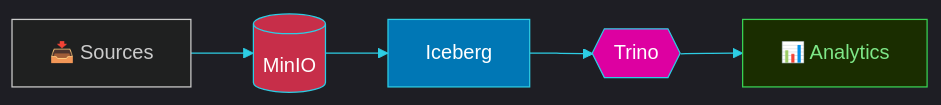
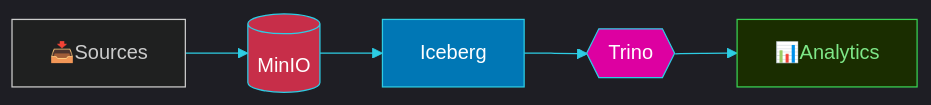
One commit to shehab-hub-0/shehab-hub-0 changed the fifth of 5 diagrams in README.md. Above: the diagram before and after it, drawn with Mermaid. The commit also changed other lines of this file, not shown here.

````diff
--- a/README.md
+++ b/README.md
@@ -323,13 +410,13 @@
 ```mermaid
 %%{init:{"theme":"dark","themeVariables":{"lineColor":"#2DCDE4"}}}%%
 flowchart LR
-    A["📥 Sources"] --> B[("MinIO")]
+    A["📥Sources"] --> B[("MinIO")]
     B --> C["Iceberg"]
     C --> D{{"Trino"}}
-    D --> E["📊 Analytics"]
+    D --> E["📊Analytics"]
 
     style B fill:#C72E49,stroke:#2DCDE4,color:#fff
     style C fill:#0077B5,stroke:#2DCDE4,color:#fff
     style D fill:#DD00A1,stroke:#2DCDE4,color:#fff
     style E fill:#1a2d00,stroke:#39d353,color:#7ee787
 ```
````
